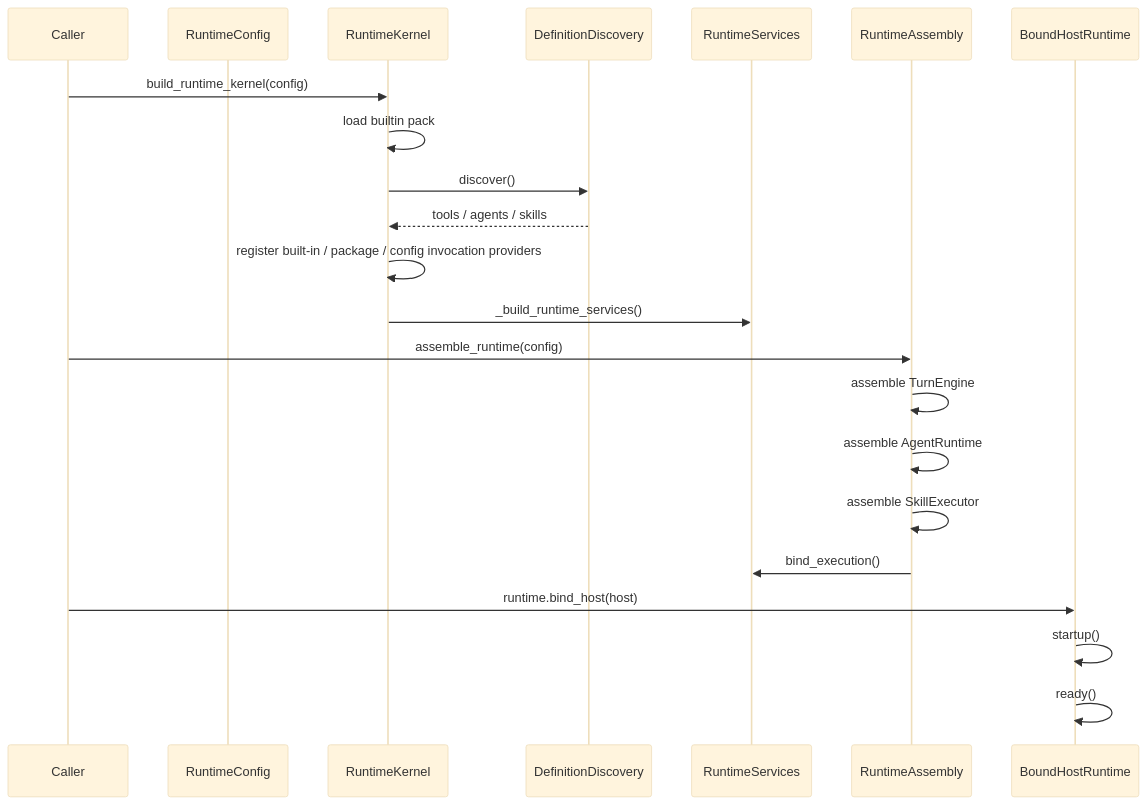
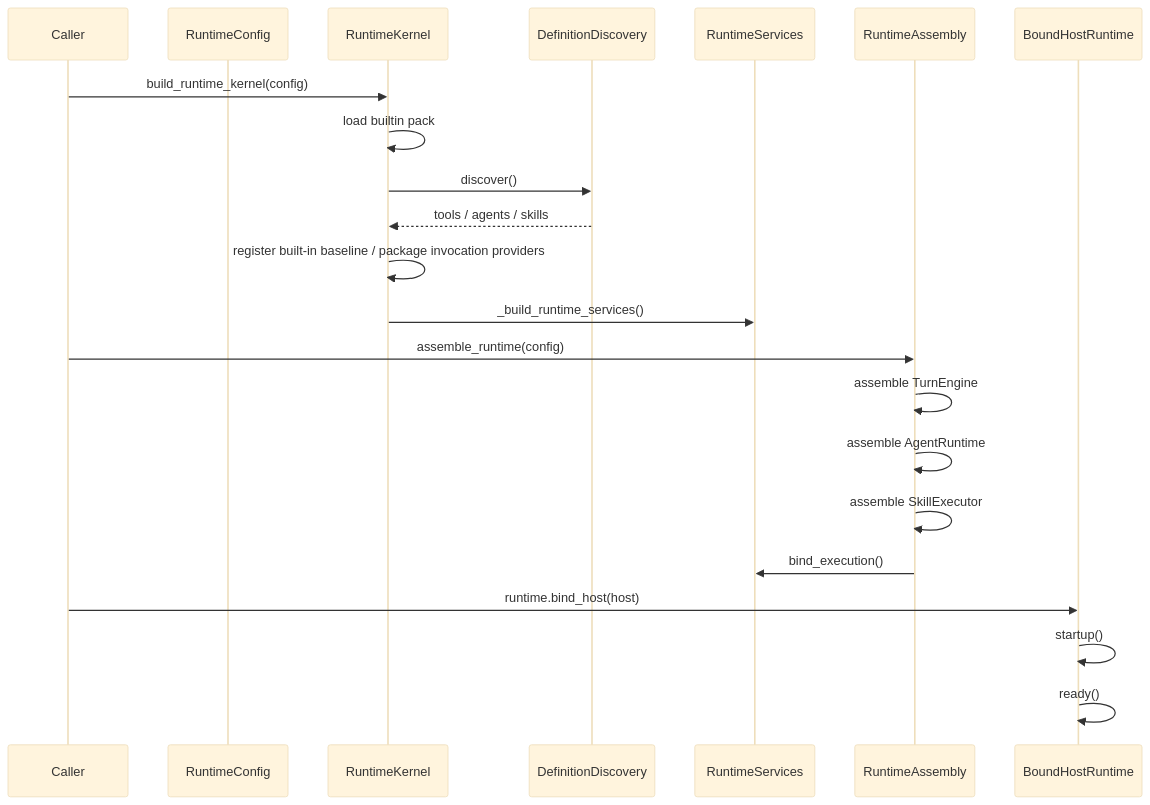
One commit to xyz2b/weave-ai-runtime changed the second of 5 diagrams in docs/current-system-architecture.md. Above: the diagram before and after it, drawn with Mermaid (base theme). The commit also changed other lines of this file and 12 other files, not shown here.

Commit message:
Remove config invocation provider bypass

````diff
--- a/docs/current-system-architecture.md
+++ b/docs/current-system-architecture.md
@@ -1032,25 +1032,25 @@
 ```mermaid
 sequenceDiagram
     participant Caller as Caller
     participant Config as RuntimeConfig
     participant Kernel as RuntimeKernel
     participant Discovery as DefinitionDiscovery
     participant Services as RuntimeServices
     participant Runtime as RuntimeAssembly
     participant Host as BoundHostRuntime
 
     Caller->>Kernel: build_runtime_kernel(config)
     Kernel->>Kernel: load builtin pack
     Kernel->>Discovery: discover()
     Discovery-->>Kernel: tools / agents / skills
-    Kernel->>Kernel: register built-in / package / config invocation providers
+    Kernel->>Kernel: register built-in baseline / package invocation providers
     Kernel->>Services: _build_runtime_services()
     Caller->>Runtime: assemble_runtime(config)
     Runtime->>Runtime: assemble TurnEngine
     Runtime->>Runtime: assemble AgentRuntime
     Runtime->>Runtime: assemble SkillExecutor
     Runtime->>Services: bind_execution()
     Caller->>Host: runtime.bind_host(host)
     Host->>Host: startup()
     Host->>Host: ready()
 ```
````
